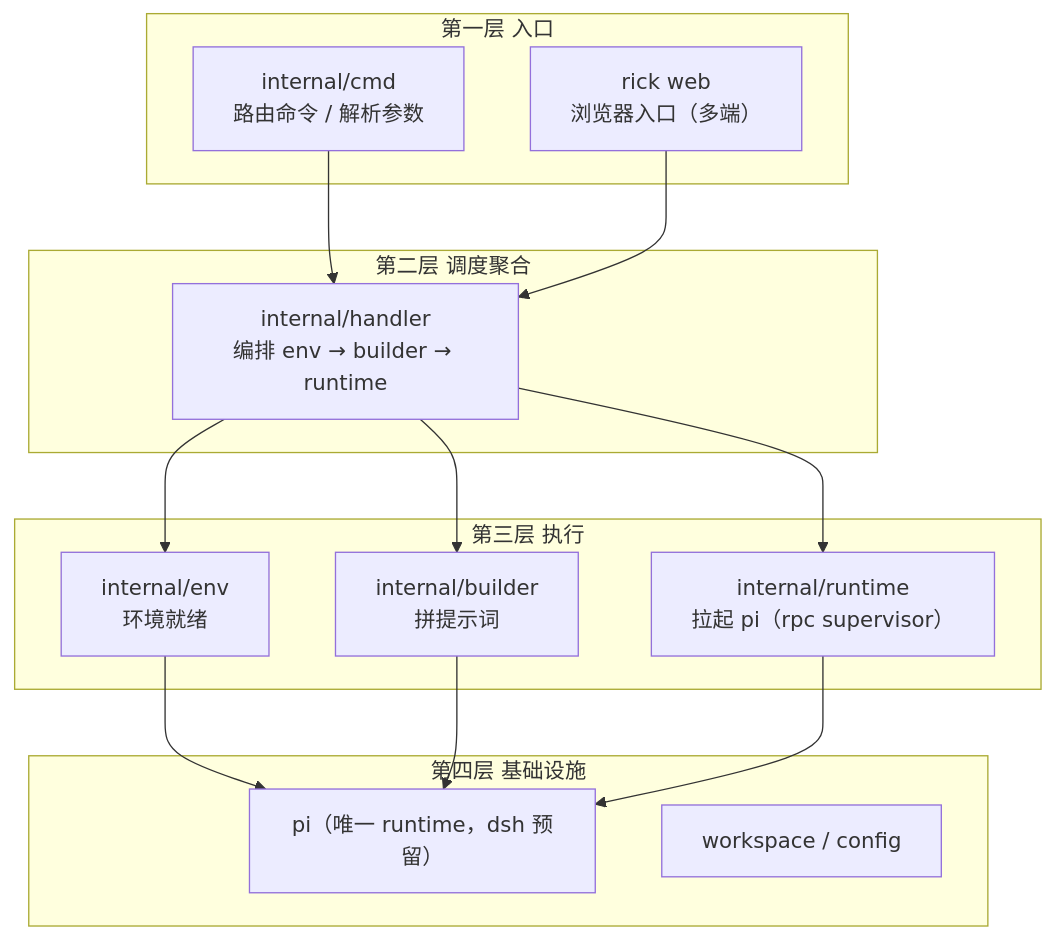
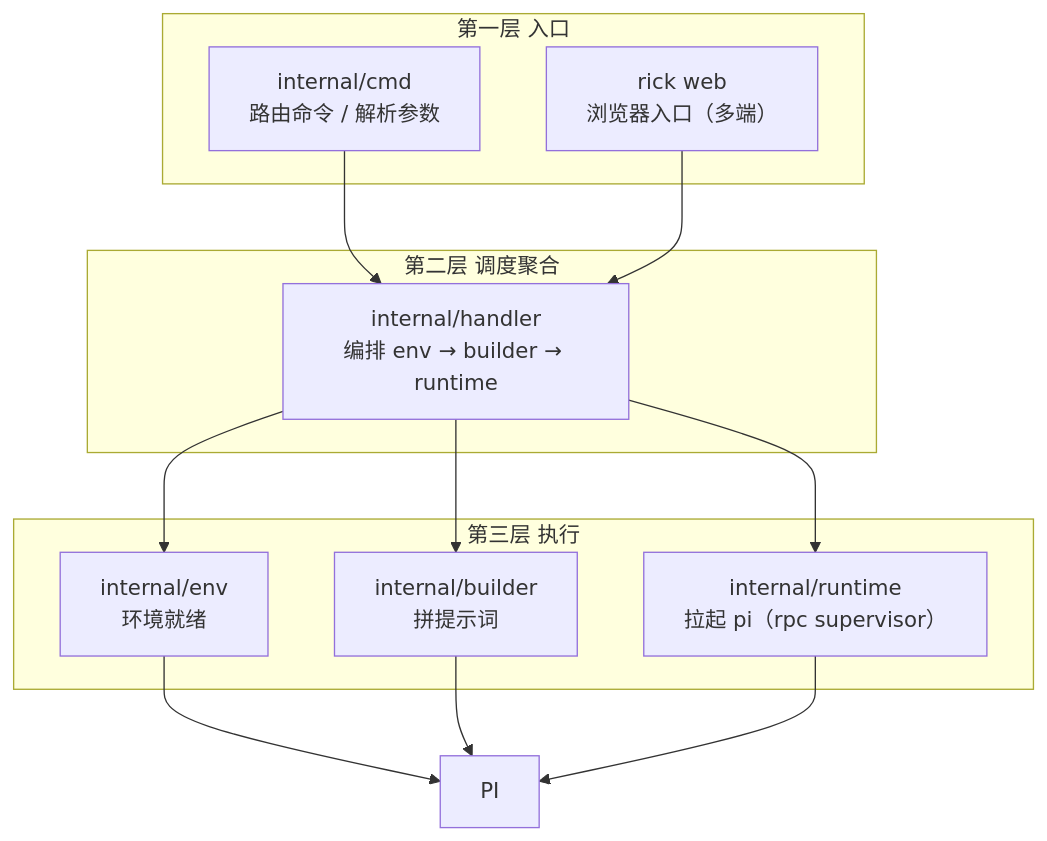
Before and after one commit to logic-math/rick: the second of 2 diagrams in README.md, drawn with Mermaid. The commit also changed other lines of this file, not shown here.

Commit message:
docs: README v6.0.0 重写——删除已废弃的 plan/doing/learning/ctrl 命令文档；新增 Web UI 功能清单（subagent 深度展示/token 监控/自动压缩/游标跨设备/懒加载/单 URL 模式/草稿服务端）；新增 Super 模式文档（env_N 概念/Web UI 集成）；更新架构图与命令表

````diff
--- a/README.md
+++ b/README.md
@@ -73,28 +64,24 @@
 ```mermaid
 flowchart TD
     subgraph L1["第一层 入口"]
         CLI["internal/cmd<br/>路由命令 / 解析参数"]
         WEBUI["rick web<br/>浏览器入口（多端）"]
     end
     subgraph L2["第二层 调度聚合"]
         HANDLER["internal/handler<br/>编排 env → builder → runtime"]
     end
     subgraph L3["第三层 执行"]
         ENV["internal/env<br/>环境就绪"]
         BUILDER["internal/builder<br/>拼提示词"]
         RUNTIME["internal/runtime<br/>拉起 pi（rpc supervisor）"]
     end
-    subgraph L4["第四层 基础设施"]
-        PI["pi（唯一 runtime，dsh 预留）"]
-        WS["workspace / config"]
-    end
 
     CLI --> HANDLER
     WEBUI --> HANDLER
     HANDLER --> ENV
     HANDLER --> BUILDER
     HANDLER --> RUNTIME
     ENV --> PI
     BUILDER --> PI
     RUNTIME --> PI
 ```
````
